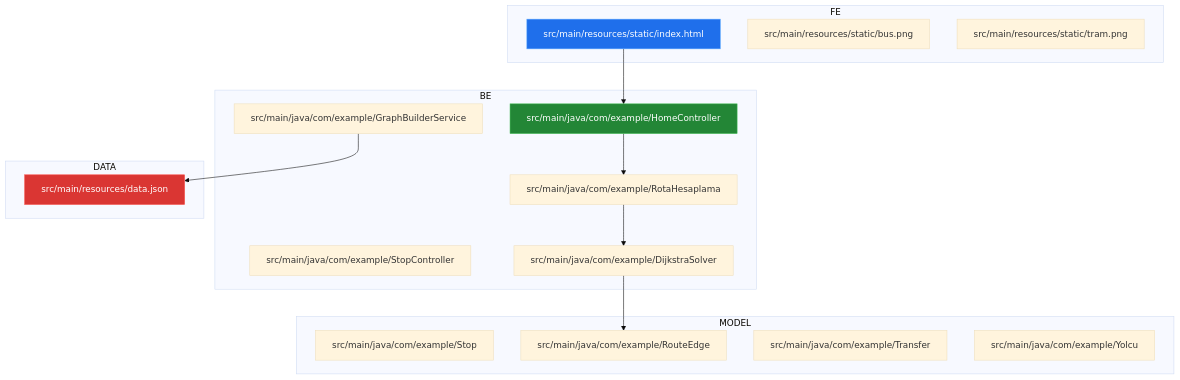
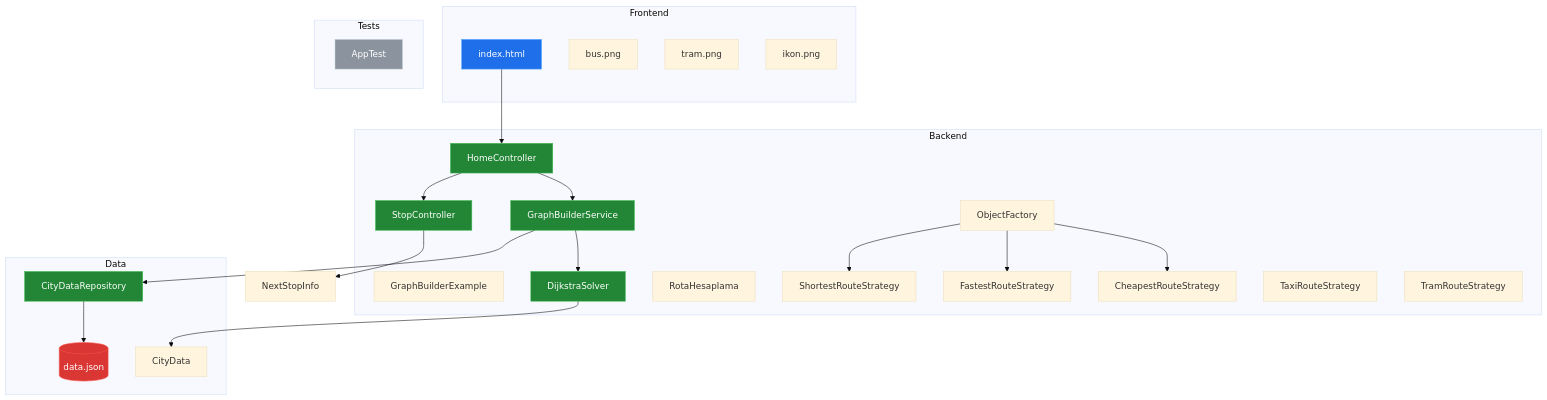
Before and after one commit to YusuffBulbul/Izmit_sehir_ici_ulasim: the first of 2 diagrams in README_ARCH.md, drawn with Mermaid (base theme). The commit also changed other lines of this file, not shown here.

Commit message:
docs: update architecture blueprint and code review (2026-09-07)

````diff
--- a/README_ARCH.md
+++ b/README_ARCH.md
@@ -20,33 +20,51 @@
 ```mermaid
 flowchart TD
-subgraph FE
-FE_index["src/main/resources/static/index.html"]
-FE_bus["src/main/resources/static/bus.png"]
-FE_tram["src/main/resources/static/tram.png"]
+subgraph Frontend
+UI["index.html"]
+IMG_BUS["bus.png"]
+IMG_TRAM["tram.png"]
+ICON["ikon.png"]
 end
-subgraph BE
-BE_HC["src/main/java/com/example/HomeController"]
-BE_SC["src/main/java/com/example/StopController"]
-BE_GS["src/main/java/com/example/GraphBuilderService"]
-BE_RH["src/main/java/com/example/RotaHesaplama"]
-BE_DJ["src/main/java/com/example/DijkstraSolver"]
+subgraph Backend
+HC["HomeController"]
+SC["StopController"]
+GBS["GraphBuilderService"]
+GBE["GraphBuilderExample"]
+DS["DijkstraSolver"]
+RTH["RotaHesaplama"]
+STRAT_CHEAP["CheapestRouteStrategy"]
+STRAT_FAST["FastestRouteStrategy"]
+STRAT_SHORT["ShortestRouteStrategy"]
+STRAT_TAXI["TaxiRouteStrategy"]
+STRAT_TRAM["TramRouteStrategy"]
+OBJF["ObjectFactory"]
 end
-subgraph MODEL
-MD_Stop["src/main/java/com/example/Stop"]
-MD_RouteEdge["src/main/java/com/example/RouteEdge"]
-MD_Transfer["src/main/java/com/example/Transfer"]
-MD_User["src/main/java/com/example/Yolcu"]
+subgraph Data
+CITY["CityData"]
+REPO["CityDataRepository"]
+DATAJSON[("data.json")]
 end
-subgraph DATA
-DB_data["src/main/resources/data.json"]
+subgraph Tests
+AT["AppTest"]
 end
-FE_index --> BE_HC
-BE_HC --> BE_RH
-BE_RH --> BE_DJ
-BE_GS --> DB_data
-BE_DJ --> MD_RouteEdge
-style FE_index fill:#1f6feb,stroke:#58a6ff,color:#fff
-style BE_HC fill:#238636,stroke:#3fb950,color:#fff
-style DB_data fill:#da3633,stroke:#f85149,color:#fff
+UI --> HC
+HC --> GBS
+HC --> SC
+GBS --> DS
+GBS --> REPO
+REPO --> DATAJSON
+DS --> CITY
+SC --> NEXT["NextStopInfo"]
+OBJF --> STRAT_CHEAP
+OBJF --> STRAT_FAST
+OBJF --> STRAT_SHORT
+style UI fill:#1f6feb,stroke:#58a6ff,color:#fff
+style HC fill:#238636,stroke:#3fb950,color:#fff
+style SC fill:#238636,stroke:#3fb950,color:#fff
+style GBS fill:#238636,stroke:#3fb950,color:#fff
+style DS fill:#238636,stroke:#3fb950,color:#fff
+style REPO fill:#238636,stroke:#3fb950,color:#fff
+style DATAJSON fill:#da3633,stroke:#f85149,color:#fff
+style AT fill:#8b949e,stroke:#c9d1d9,color:#fff
 
 ```
````
